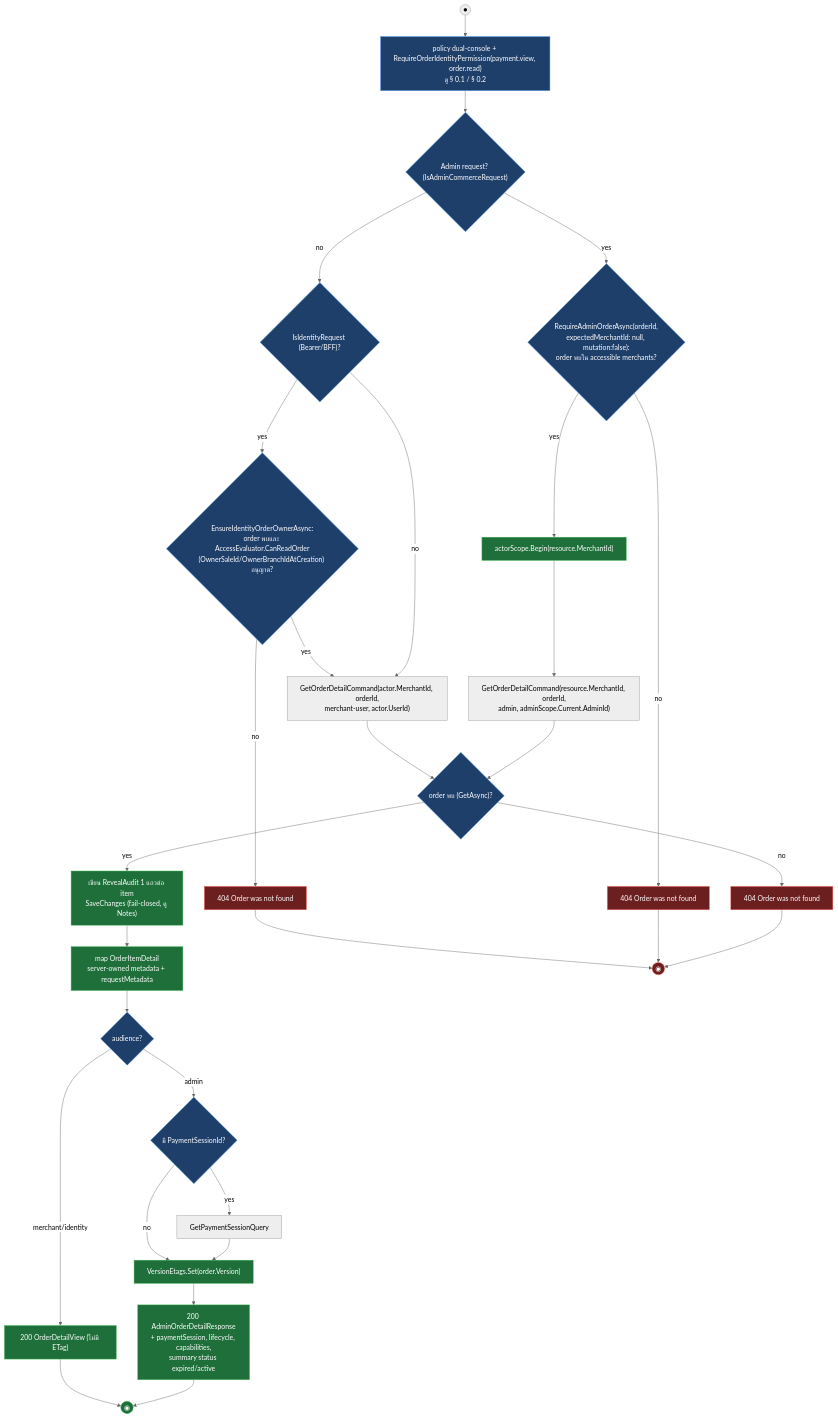
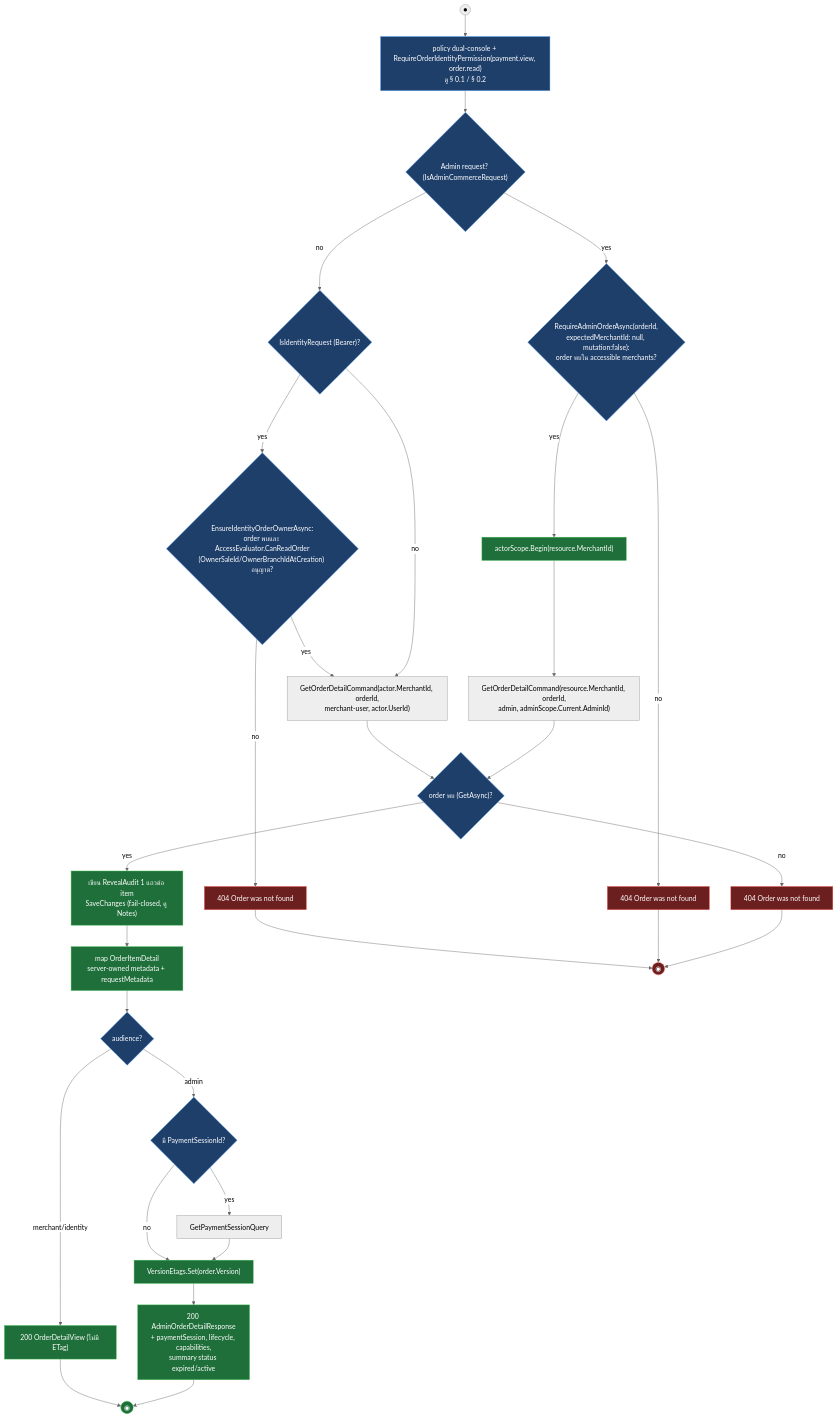
One commit to metrodiesign/pol-core changed the third of 10 diagrams in outputs/diagrams/2026-09-14_api-endpoints_v1/04-carts-products-orders.activities.md. Above: the diagram before and after it, drawn with Mermaid (neutral theme). The commit also changed other lines of this file and 42 other files, not shown here.

First line of the commit message:
docs: align reference docs and the API diagram set with the Bearer-only admin plane

````diff
--- a/outputs/diagrams/2026-09-14_api-endpoints_v1/04-carts-products-orders.activities.md
+++ b/outputs/diagrams/2026-09-14_api-endpoints_v1/04-carts-products-orders.activities.md
@@ -172,38 +172,38 @@
 ```mermaid
 flowchart TD
     START((●)) --> AUTHZ["policy dual-console + RequireOrderIdentityPermission(payment.view, order.read)<br/>ดู § 0.1 / § 0.2"]
     AUTHZ --> AUD{"Admin request? (IsAdminCommerceRequest)"}
-    AUD -->|no| IDREQ{"IsIdentityRequest (Bearer/BFF)?"}
+    AUD -->|no| IDREQ{"IsIdentityRequest (Bearer)?"}
     IDREQ -->|yes| OWNER{"EnsureIdentityOrderOwnerAsync:<br/>order พบและ AccessEvaluator.CanReadOrder<br/>(OwnerSaleId/OwnerBranchIdAtCreation) อนุญาต?"}
     OWNER -->|no| R404_O["404 Order was not found"]
     OWNER -->|yes| DETAIL_M["GetOrderDetailCommand(actor.MerchantId, orderId,<br/>merchant-user, actor.UserId)"]
     IDREQ -->|no| DETAIL_M
     AUD -->|yes| RESOURCE{"RequireAdminOrderAsync(orderId,<br/>expectedMerchantId: null, mutation:false):<br/>order พบใน accessible merchants?"}
     RESOURCE -->|no| R404_A["404 Order was not found"]
     RESOURCE -->|yes| BINDA["actorScope.Begin(resource.MerchantId)"]
     BINDA --> DETAIL_A["GetOrderDetailCommand(resource.MerchantId, orderId,<br/>admin, adminScope.Current.AdminId)"]
     DETAIL_M --> FOUND{"order พบ (GetAsync)?"}
     DETAIL_A --> FOUND
     FOUND -->|no| R404_H["404 Order was not found"]
     FOUND -->|yes| AUDIT["เขียน RevealAudit 1 แถวต่อ item<br/>SaveChanges (fail-closed, ดู Notes)"]
     AUDIT --> LINES["map OrderItemDetail<br/>server-owned metadata + requestMetadata"]
     LINES --> SHAPE{"audience?"}
     SHAPE -->|"merchant/identity"| R200_M["200 OrderDetailView (ไม่มี ETag)"]
     SHAPE -->|admin| SESSION{"มี PaymentSessionId?"}
     SESSION -->|yes| GETSESSION["GetPaymentSessionQuery"]
     SESSION -->|no| ETAG
     GETSESSION --> ETAG["VersionEtags.Set(order.Version)"]
     ETAG --> R200_A["200 AdminOrderDetailResponse<br/>+ paymentSession, lifecycle, capabilities,<br/>summary status expired/active"]
     R200_M --> END_S((◉))
     R200_A --> END_S
     R404_O --> END_F((◉))
     R404_A --> END_F
     R404_H --> END_F
 
     classDef ok fill:#1f6f3a,stroke:#3fb950,color:#fff
     classDef fail fill:#6b1f1f,stroke:#f85149,color:#fff
     classDef gate fill:#1f3f6b,stroke:#58a6ff,color:#fff
     class BINDA,AUDIT,LINES,ETAG,R200_M,R200_A,END_S ok
     class R404_O,R404_A,R404_H,END_F fail
     class AUTHZ,AUD,IDREQ,OWNER,RESOURCE,FOUND,SESSION,SHAPE gate
 ```
````
